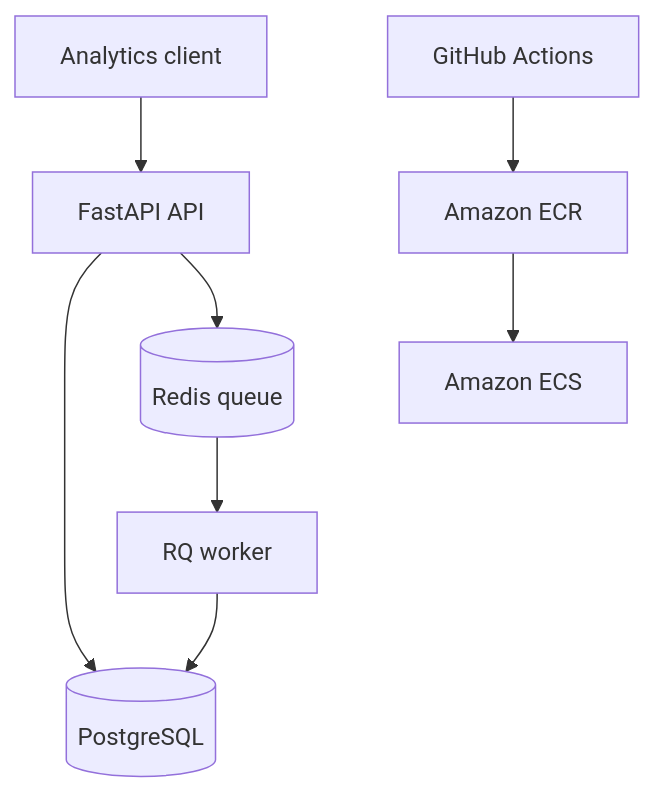
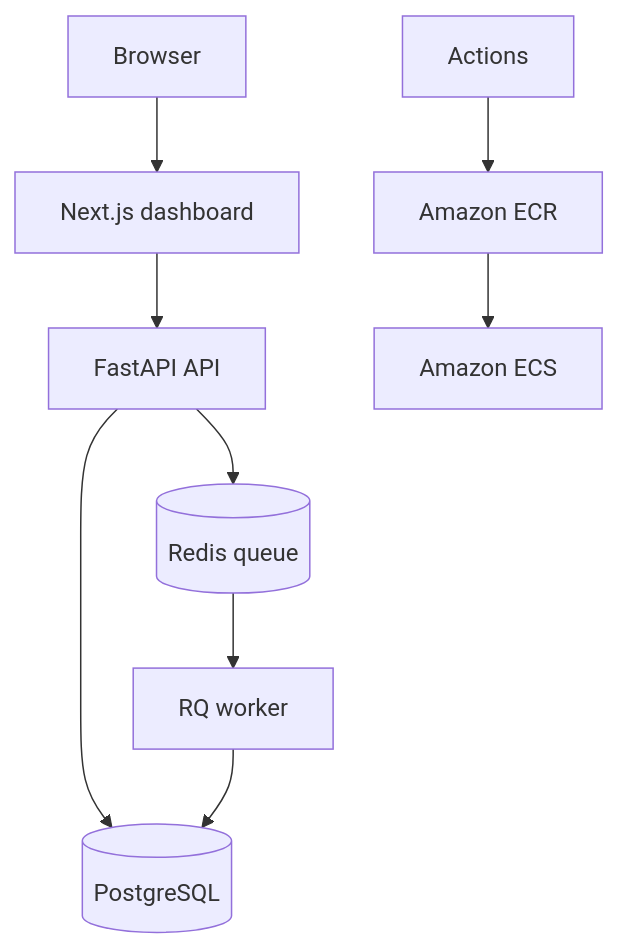
Before and after one commit to Achan112233/customwear-analytics: the diagram in README.md, drawn with Mermaid. The commit also changed other lines of this file and 42 other files, not shown here.

Commit message:
Add full-stack customer analytics dashboard

````diff
--- a/README.md
+++ b/README.md
@@ -89,10 +107,11 @@
 ```mermaid
 flowchart TD
-    Client[Analytics client] --> API[FastAPI API]
+    Browser[Browser] --> Dashboard[Next.js dashboard]
+    Dashboard --> API[FastAPI API]
     API --> PG[(PostgreSQL)]
     API --> Redis[(Redis queue)]
     Redis --> Worker[RQ worker]
     Worker --> PG
-    Actions[GitHub Actions] --> ECR[Amazon ECR]
+    Actions --> ECR[Amazon ECR]
     ECR --> ECS[Amazon ECS]
 ```
````
